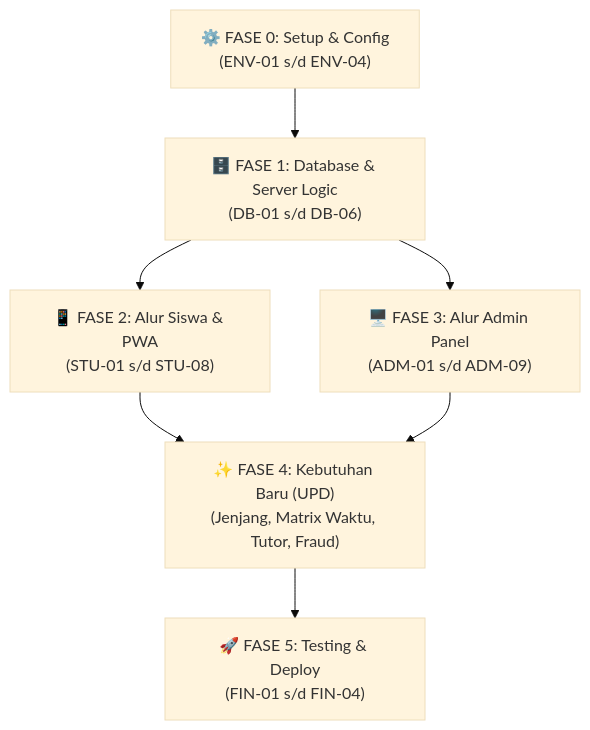
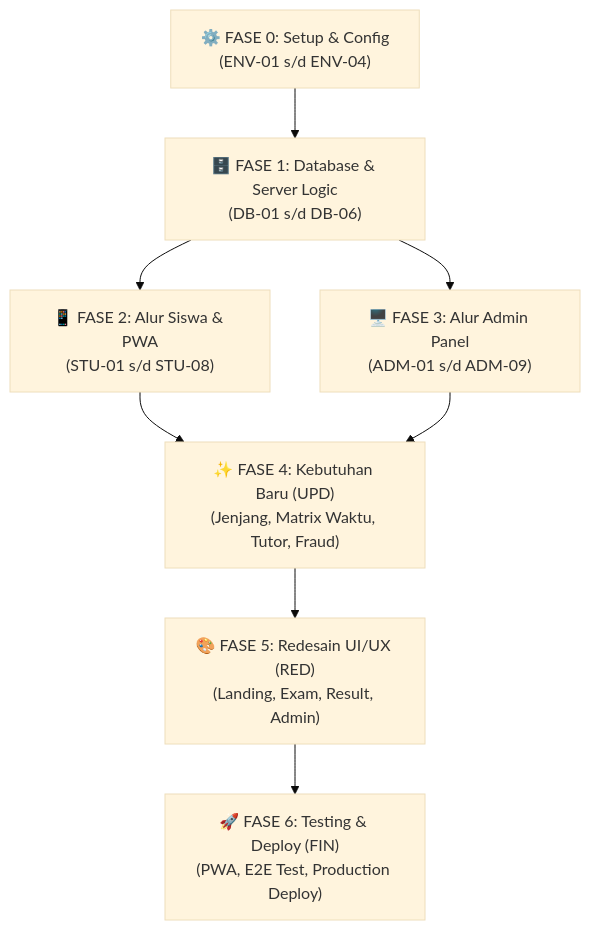
One commit to septianof/up-speaking changed the diagram in TASK_BREAKDOWN.md. Above: the diagram before and after it, drawn with Mermaid (base theme). The commit also changed other lines of this file, not shown here.

Commit message:
docs(plan): tambah fase redesain ui ux dan sesuaikan peta dependensi

````diff
--- a/TASK_BREAKDOWN.md
+++ b/TASK_BREAKDOWN.md
@@ -131,11 +145,13 @@
 ```mermaid
 flowchart TD
     ENV["⚙️ FASE 0: Setup & Config\n(ENV-01 s/d ENV-04)"] --> DB["🗄️ FASE 1: Database & Server Logic\n(DB-01 s/d DB-06)"]
     
     DB --> STU["📱 FASE 2: Alur Siswa & PWA\n(STU-01 s/d STU-08)"]
     DB --> ADM["🖥️ FASE 3: Alur Admin Panel\n(ADM-01 s/d ADM-09)"]
     
     STU & ADM --> UPD["✨ FASE 4: Kebutuhan Baru (UPD)\n(Jenjang, Matrix Waktu, Tutor, Fraud)"]
     
-    UPD --> FIN["🚀 FASE 5: Testing & Deploy\n(FIN-01 s/d FIN-04)"]
+    UPD --> RED["🎨 FASE 5: Redesain UI/UX (RED)\n(Landing, Exam, Result, Admin)"]
+    
+    RED --> FIN["🚀 FASE 6: Testing & Deploy (FIN)\n(PWA, E2E Test, Production Deploy)"]
 ```
````
